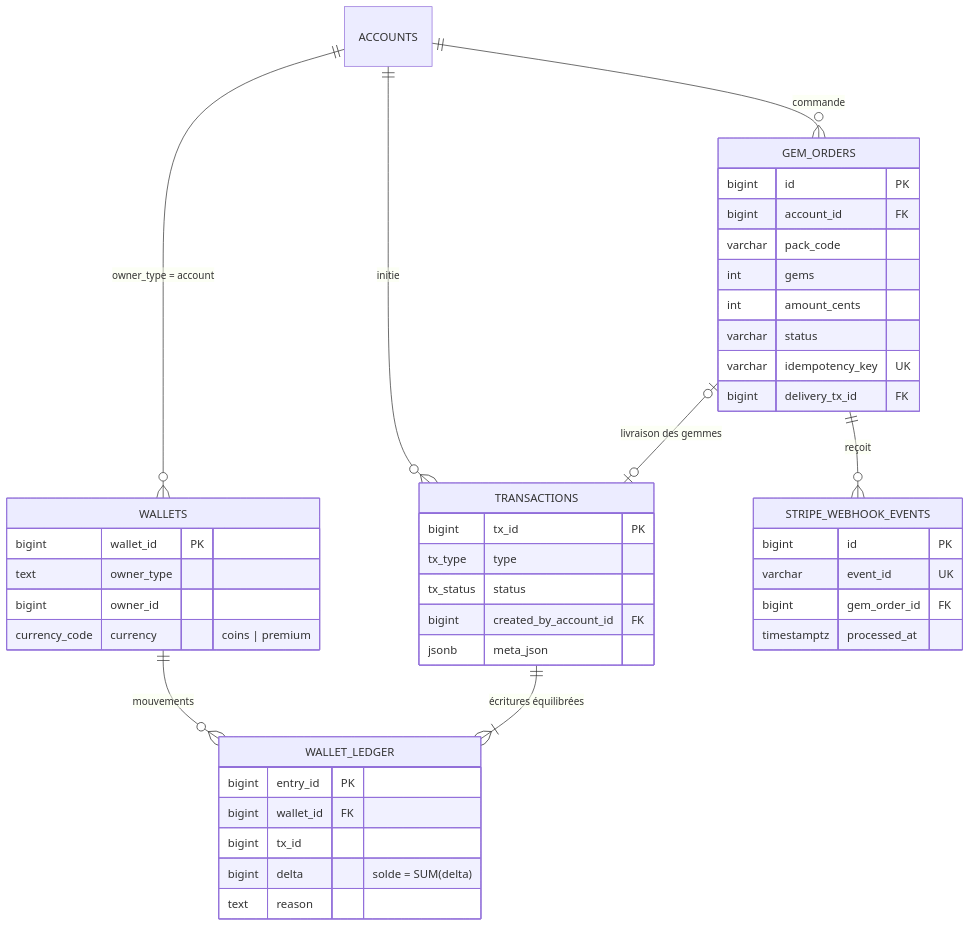
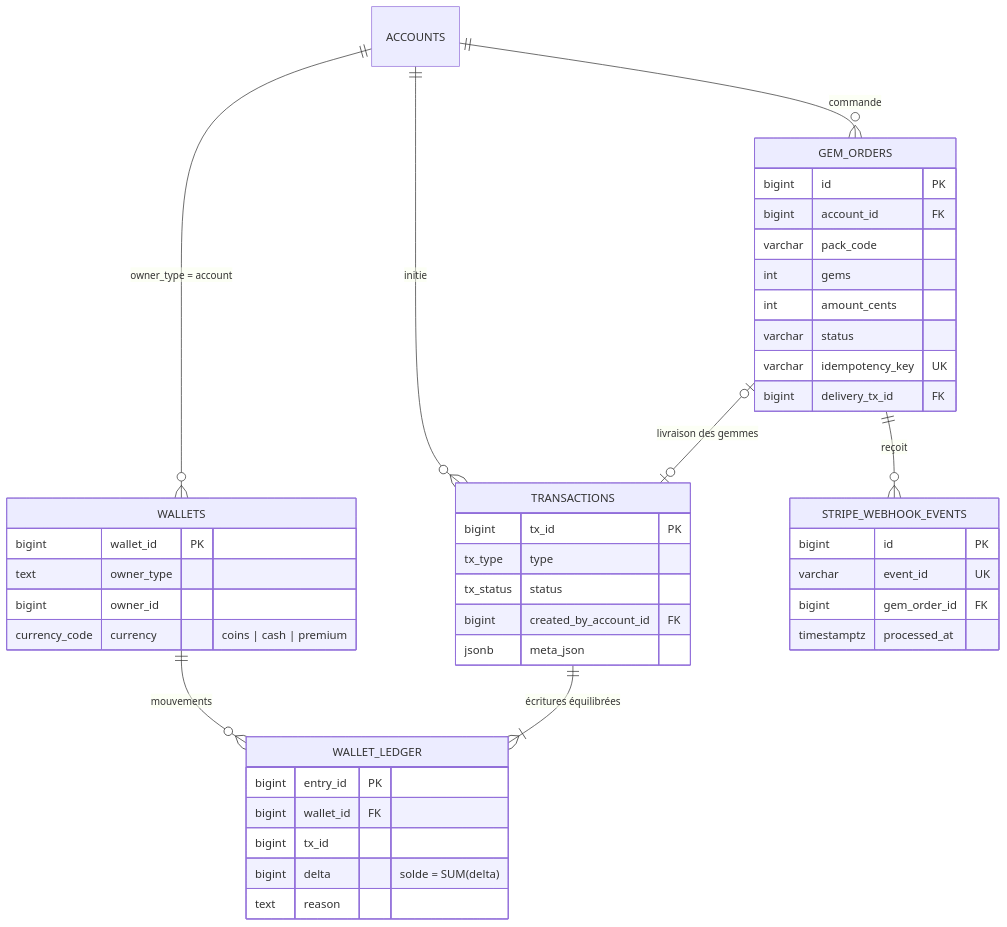
One commit to Elfspectrals/CampusCove changed the third of 7 diagrams in docs/DATA_MODEL.md. Above: the diagram before and after it, drawn with Mermaid. The commit also changed other lines of this file and 97 other files, not shown here.

````diff
--- a/docs/DATA_MODEL.md
+++ b/docs/DATA_MODEL.md
@@ -102,47 +102,47 @@
 ```mermaid
 erDiagram
     ACCOUNTS ||--o{ WALLETS : "owner_type = account"
     WALLETS ||--o{ WALLET_LEDGER : "mouvements"
     TRANSACTIONS ||--|{ WALLET_LEDGER : "écritures équilibrées"
     ACCOUNTS ||--o{ TRANSACTIONS : initie
     ACCOUNTS ||--o{ GEM_ORDERS : commande
     GEM_ORDERS |o--o| TRANSACTIONS : "livraison des gemmes"
     GEM_ORDERS ||--o{ STRIPE_WEBHOOK_EVENTS : "reçoit"
 
     WALLETS {
         bigint wallet_id PK
         text owner_type
         bigint owner_id
-        currency_code currency "coins | premium"
+        currency_code currency "coins | cash | premium"
     }
     WALLET_LEDGER {
         bigint entry_id PK
         bigint wallet_id FK
         bigint tx_id
         bigint delta "solde = SUM(delta)"
         text reason
     }
     TRANSACTIONS {
         bigint tx_id PK
         tx_type type
         tx_status status
         bigint created_by_account_id FK
         jsonb meta_json
     }
     GEM_ORDERS {
         bigint id PK
         bigint account_id FK
         varchar pack_code
         int gems
         int amount_cents
         varchar status
         varchar idempotency_key UK
         bigint delivery_tx_id FK
     }
     STRIPE_WEBHOOK_EVENTS {
         bigint id PK
         varchar event_id UK
         bigint gem_order_id FK
         timestamptz processed_at
     }
 ```
````
